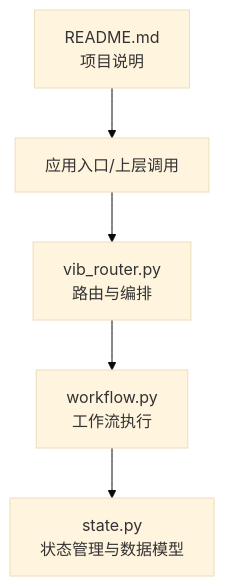
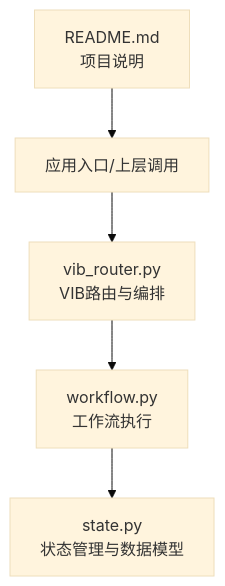
Before and after one commit to QuStarry/VIB-SparseCommunication: the first of 4 diagrams in .qoder/repowiki/zh/content/核心架构/状态管理模块.md, drawn with Mermaid (base theme). The commit also changed other lines of this file and 28 other files, not shown here.

````diff
--- a/.qoder/repowiki/zh/content/核心架构/状态管理模块.md
+++ b/.qoder/repowiki/zh/content/核心架构/状态管理模块.md
@@ -29,7 +36,7 @@
 ```mermaid
 graph TB
-A["应用入口/上层调用"] --> B["vib_router.py<br/>路由与编排"]
+A["应用入口/上层调用"] --> B["vib_router.py<br/>VIB路由与编排"]
 B --> C["workflow.py<br/>工作流执行"]
 C --> D["state.py<br/>状态管理与数据模型"]
 E["README.md<br/>项目说明"] --> A
 ```
````
